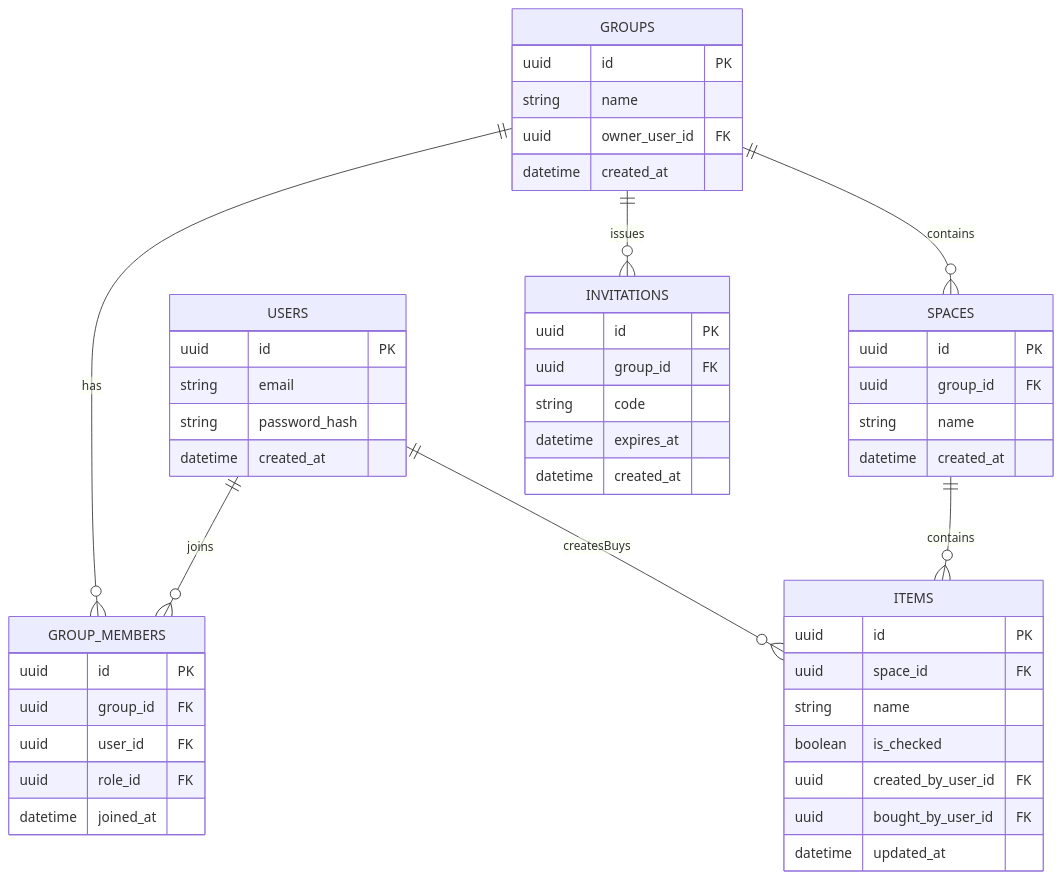
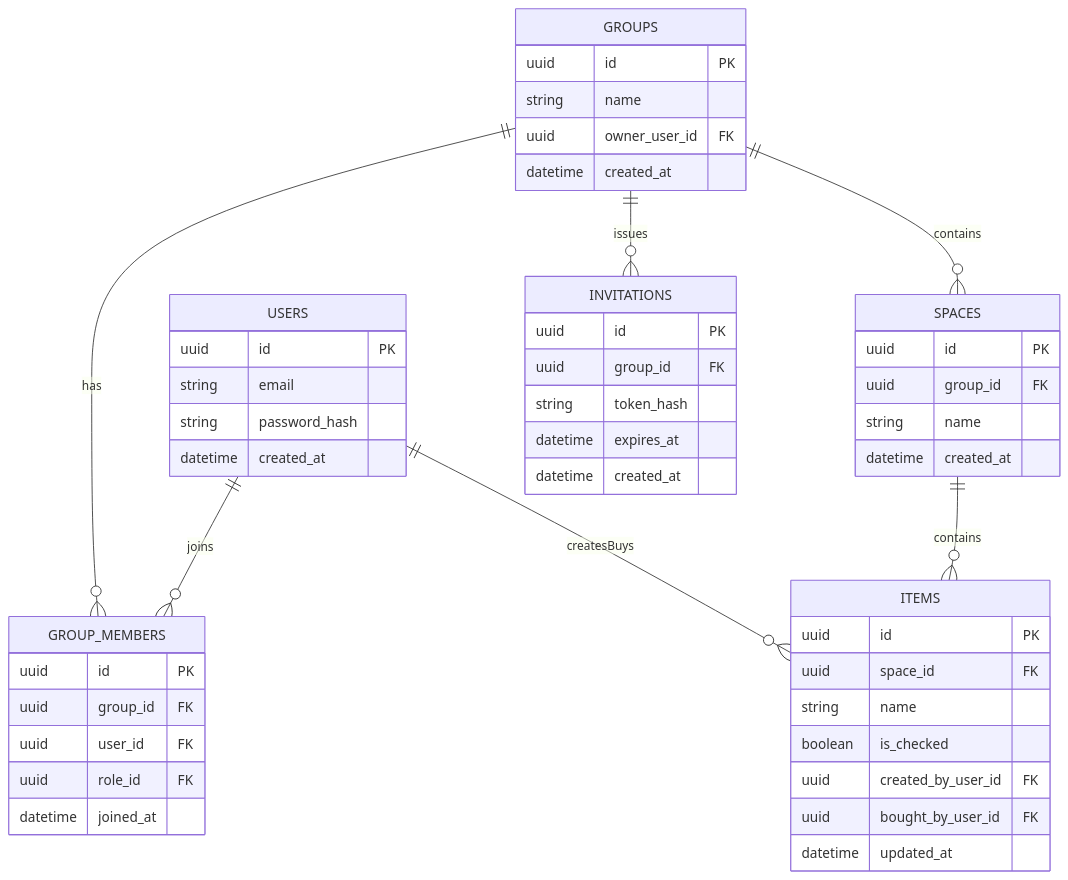
One commit to YotaroKono/tamai-project changed the first of 2 diagrams in ER.md. Above: the diagram before and after it, drawn with Mermaid. The commit also changed other lines of this file, not shown here.

Commit message:
improved ER

````diff
--- a/ER.md
+++ b/ER.md
@@ -10,57 +10,57 @@
 ```mermaid
 erDiagram
     USERS {
         uuid id PK
         string email
         string password_hash
         datetime created_at
     }
 
     GROUPS {
         uuid id PK
         string name
         uuid owner_user_id FK
         datetime created_at
     }
 
     GROUP_MEMBERS {
         uuid id PK
         uuid group_id FK
         uuid user_id FK
         uuid role_id FK
         datetime joined_at
     }
 
     SPACES {
         uuid id PK
         uuid group_id FK
         string name
         datetime created_at
     }
 
     ITEMS {
         uuid id PK
         uuid space_id FK
         string name
         boolean is_checked
         uuid created_by_user_id FK
         uuid bought_by_user_id FK
         datetime updated_at
     }
 
     INVITATIONS {
         uuid id PK
         uuid group_id FK
-        string code
+        string token_hash
         datetime expires_at
         datetime created_at
     }
 
     USERS ||--o{ GROUP_MEMBERS : joins
     GROUPS ||--o{ GROUP_MEMBERS : has
     GROUPS ||--o{ SPACES : contains
     SPACES ||--o{ ITEMS : contains
     USERS ||--o{ ITEMS : createsBuys
     GROUPS ||--o{ INVITATIONS : issues
 
 ```
````
